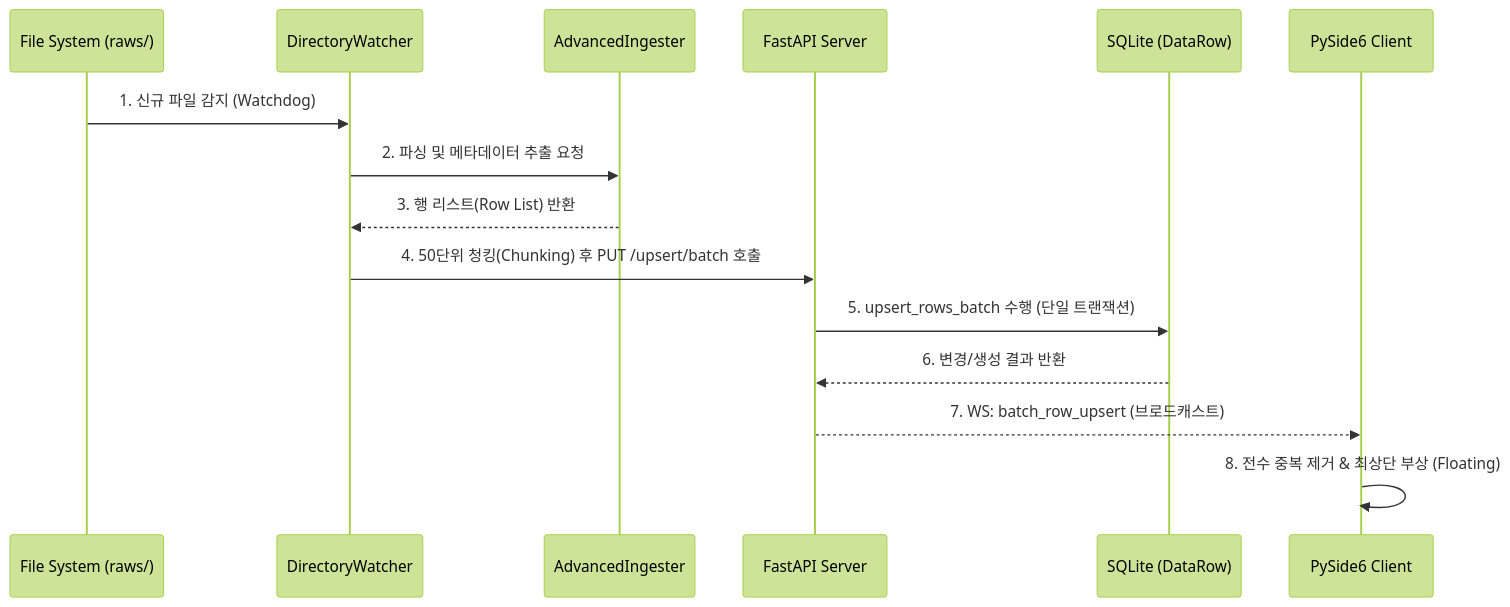
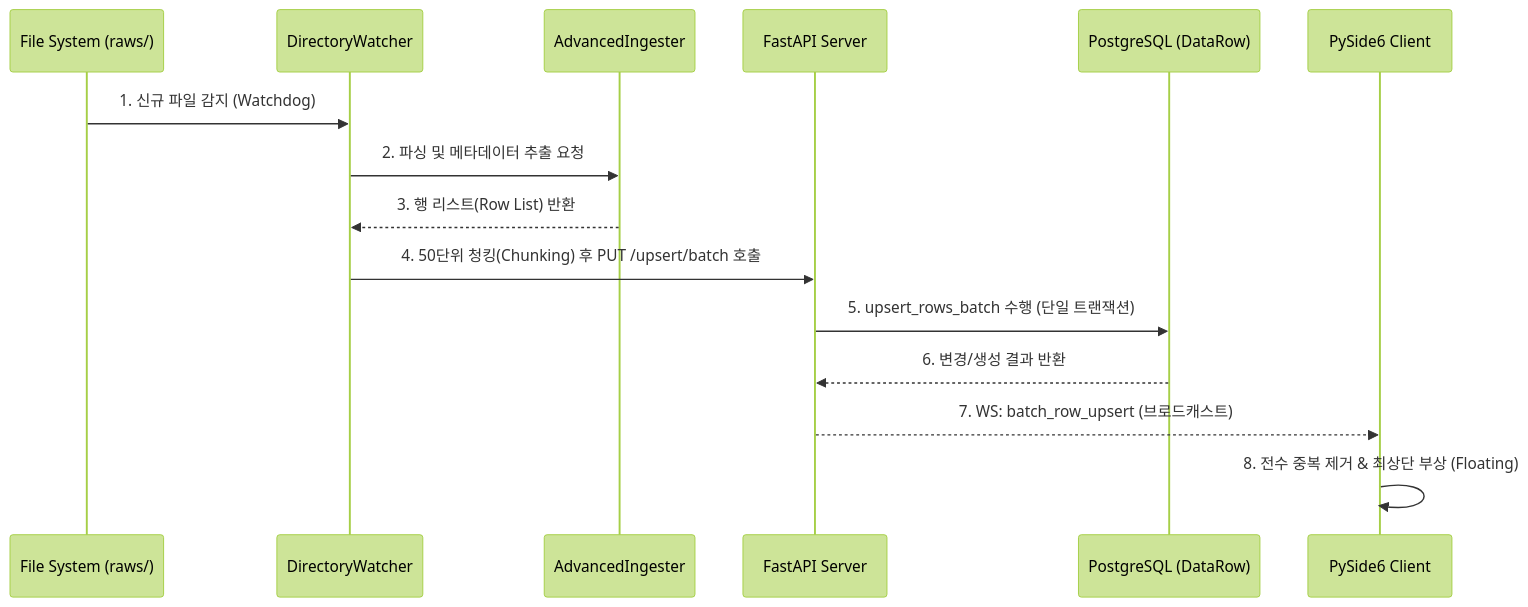
Before and after one commit to tiger4432/tableManager: the diagram in docs/spec/BATCH_PROCESSING_SPEC.md, drawn with Mermaid (forest theme). The commit also changed other lines of this file and 18 other files, not shown here.

````diff
--- a/docs/spec/BATCH_PROCESSING_SPEC.md
+++ b/docs/spec/BATCH_PROCESSING_SPEC.md
@@ -11,18 +11,18 @@
 ```mermaid
 sequenceDiagram
     participant OS as File System (raws/)
     participant DW as DirectoryWatcher
     participant AD as AdvancedIngester
     participant API as FastAPI Server
-    participant DB as SQLite (DataRow)
+    participant DB as PostgreSQL (DataRow)
     participant UI as PySide6 Client
 
     OS->>DW: 1. 신규 파일 감지 (Watchdog)
     DW->>AD: 2. 파싱 및 메타데이터 추출 요청
     AD-->>DW: 3. 행 리스트(Row List) 반환
     DW->>API: 4. 50단위 청킹(Chunking) 후 PUT /upsert/batch 호출
     API->>DB: 5. upsert_rows_batch 수행 (단일 트랜잭션)
     DB-->>API: 6. 변경/생성 결과 반환
     API-->>UI: 7. WS: batch_row_upsert (브로드캐스트)
     UI->>UI: 8. 전수 중복 제거 & 최상단 부상 (Floating)
 ```
````
